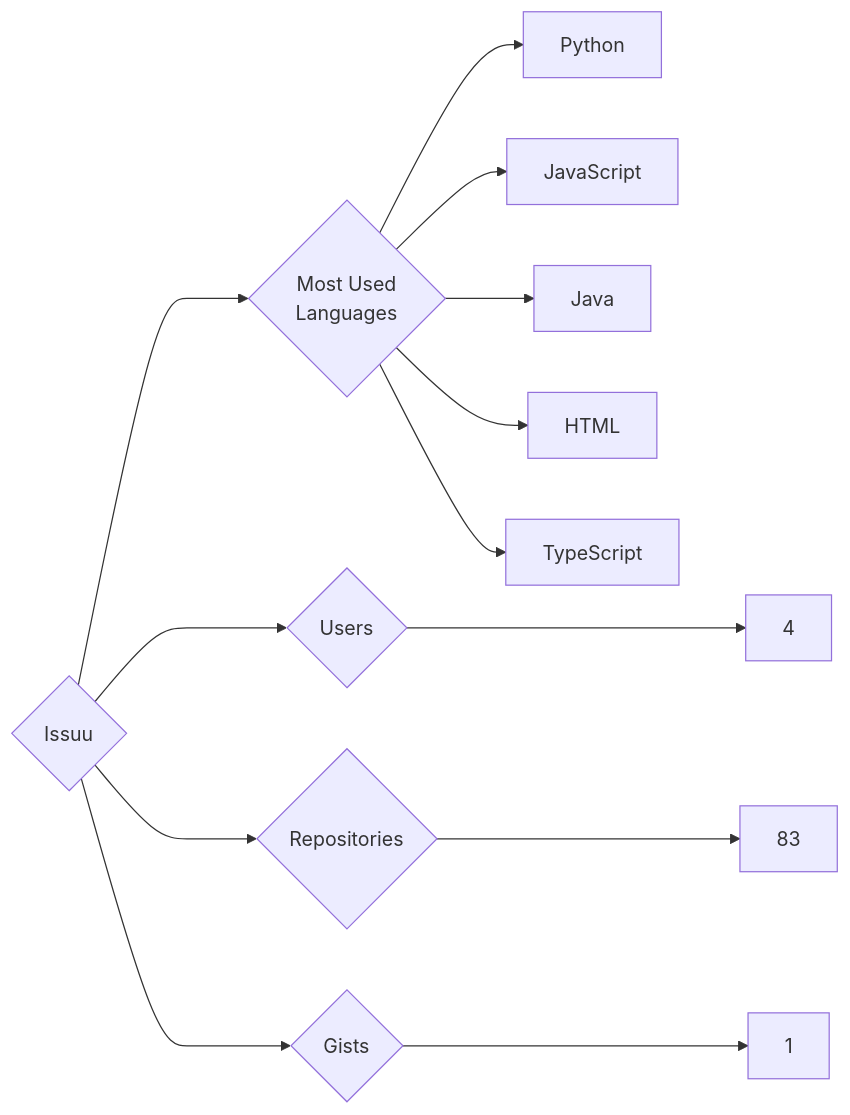
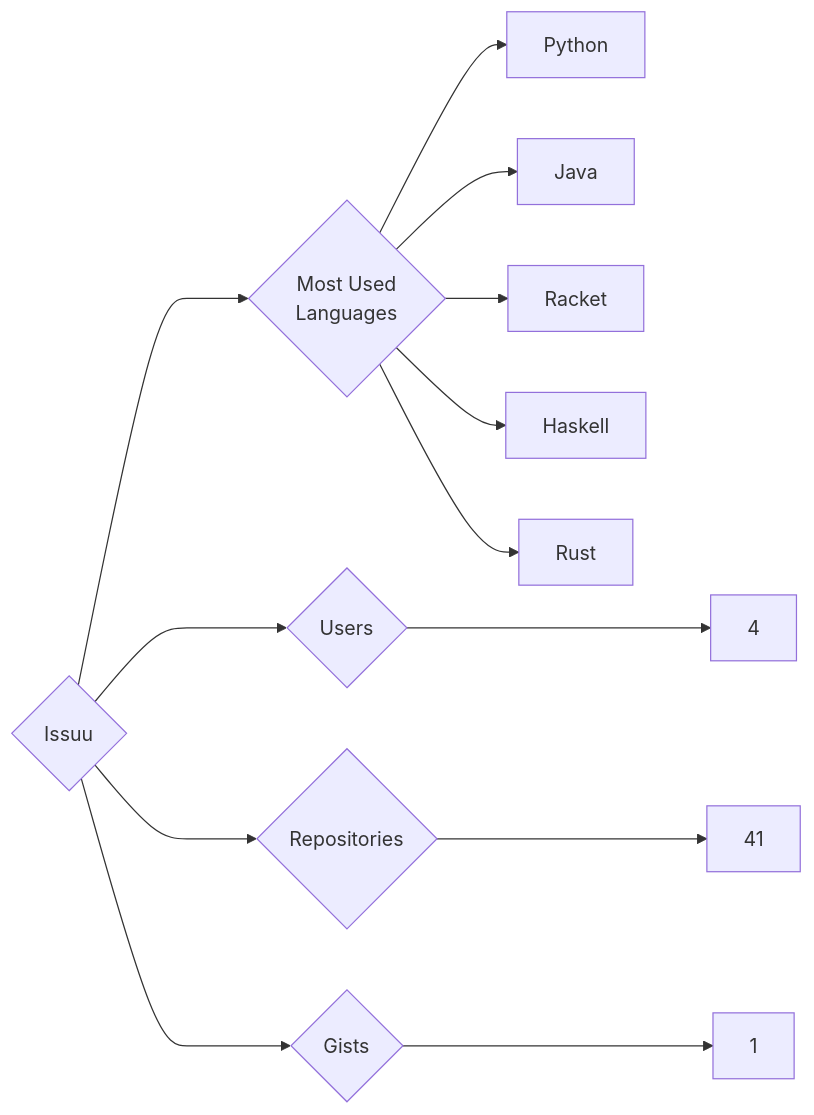
Before and after one commit to trickest/insiders: the diagram in targets/Issuu/README.md, drawn with Mermaid. The commit also changed 998 other files, not shown here.

````diff
--- a/targets/Issuu/README.md
+++ b/targets/Issuu/README.md
@@ -3,13 +3,13 @@
 ```mermaid
 graph LR
 COMPANY_NAME{Issuu}
 COMPANY_NAME ---> U{Users} ---> UN[4]
-COMPANY_NAME ---> R{Repositories} ---> RN[83]
+COMPANY_NAME ---> R{Repositories} ---> RN[41]
 COMPANY_NAME ---> G{Gists} ---> GN[1]
 COMPANY_NAME ---> ML{Most Used<br>Languages}
 ML --> Python[Python]
-ML --> JavaScript[JavaScript]
 ML --> Java[Java]
-ML --> HTML[HTML]
-ML --> TypeScript[TypeScript]
+ML --> Racket[Racket]
+ML --> Haskell[Haskell]
+ML --> Rust[Rust]
 ```
````
